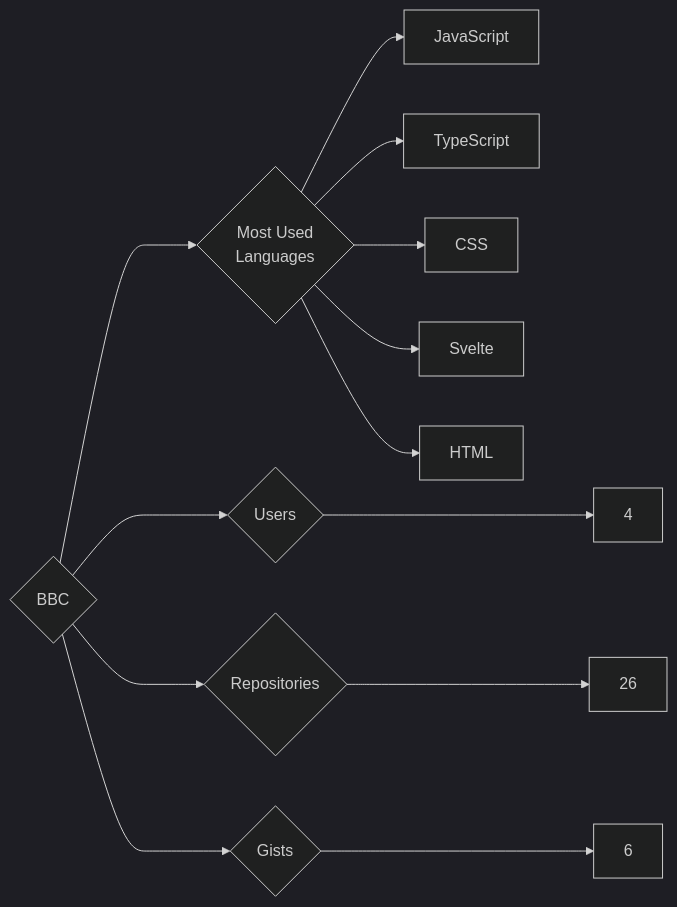
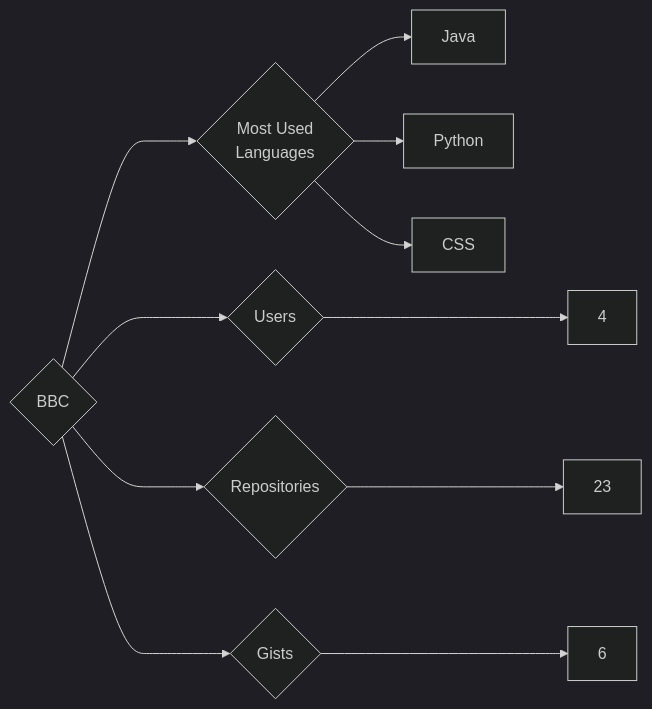
Before and after one commit to trickest/insiders: the diagram in targets/BBC/README.md, drawn with Mermaid (dark theme). The commit also changed 1003 other files, not shown here.

````diff
--- a/targets/BBC/README.md
+++ b/targets/BBC/README.md
@@ -3,13 +3,11 @@
 ```mermaid
 graph LR
 COMPANY_NAME{BBC}
 COMPANY_NAME ---> U{Users} ---> UN[4]
-COMPANY_NAME ---> R{Repositories} ---> RN[26]
+COMPANY_NAME ---> R{Repositories} ---> RN[23]
 COMPANY_NAME ---> G{Gists} ---> GN[6]
 COMPANY_NAME ---> ML{Most Used<br>Languages}
-ML --> JavaScript[JavaScript]
-ML --> TypeScript[TypeScript]
+ML --> Java[Java]
+ML --> Python[Python]
 ML --> CSS[CSS]
-ML --> Svelte[Svelte]
-ML --> HTML[HTML]
 ```
````
